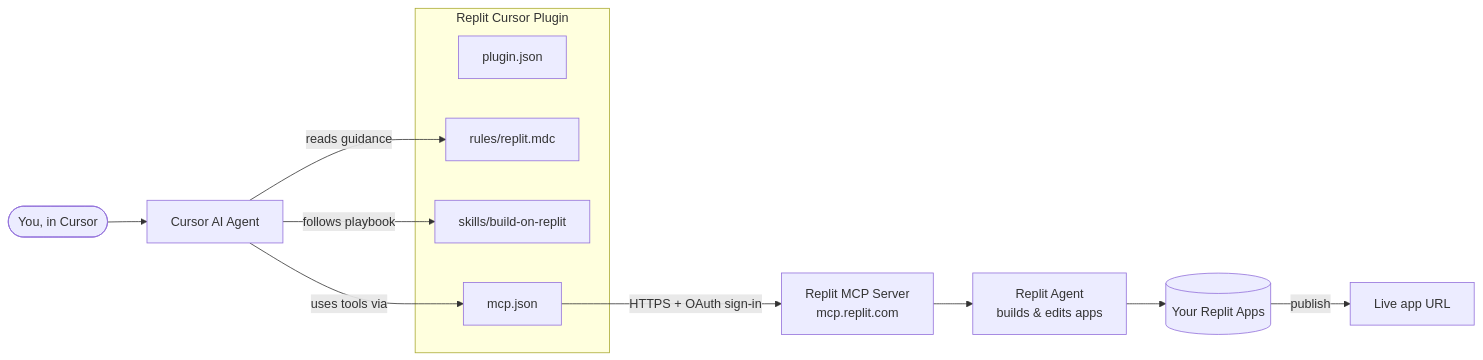
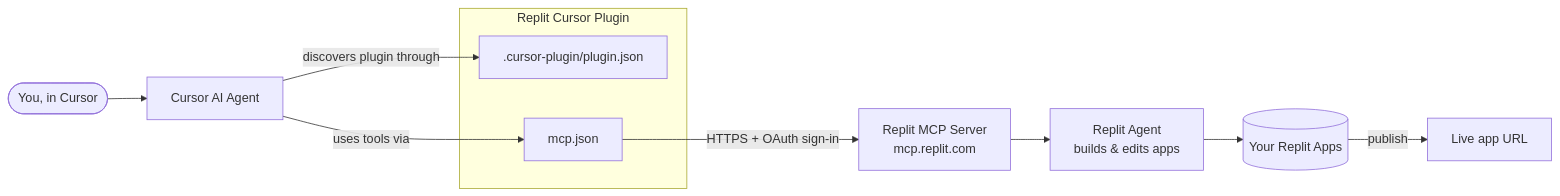
Before and after one commit to replit/replit-cursor-plugin: the diagram in architecture.md, drawn with Mermaid. The commit also changed other lines of this file and 1 other file, not shown here.

Commit message:
docs: align plugin setup with MCP-only package

````diff
--- a/architecture.md
+++ b/architecture.md
@@ -3,19 +3,16 @@
 ```mermaid
 flowchart LR
     User([You, in Cursor]) --> Agent[Cursor AI Agent]
 
     subgraph Plugin[Replit Cursor Plugin]
-        Manifest[plugin.json]
-        Rule[rules/replit.mdc]
-        Skill[skills/build-on-replit]
+        Manifest[.cursor-plugin/plugin.json]
         MCPConfig[mcp.json]
     end
 
-    Agent -- reads guidance --> Rule
-    Agent -- follows playbook --> Skill
+    Agent -- discovers plugin through --> Manifest
     Agent -- uses tools via --> MCPConfig
     MCPConfig -- HTTPS + OAuth sign-in --> ReplitMCP[Replit MCP Server<br/>mcp.replit.com]
     ReplitMCP --> ReplitAgent[Replit Agent<br/>builds & edits apps]
     ReplitAgent --> Apps[(Your Replit Apps)]
     Apps -- publish --> Live[Live app URL]
 ```
````
